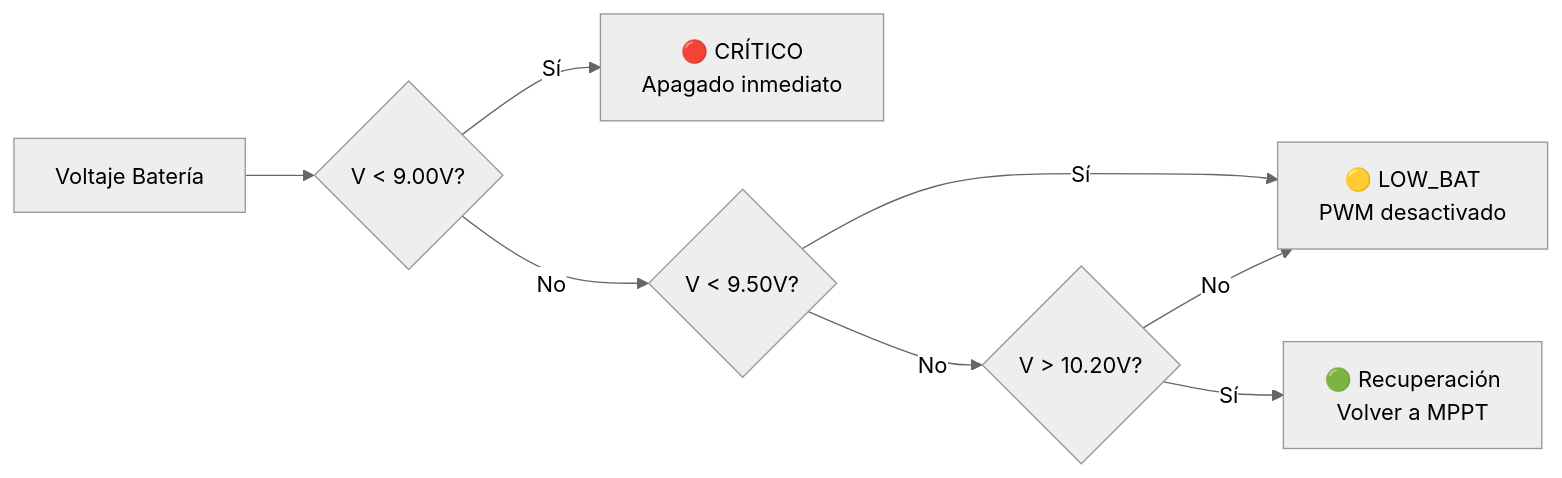
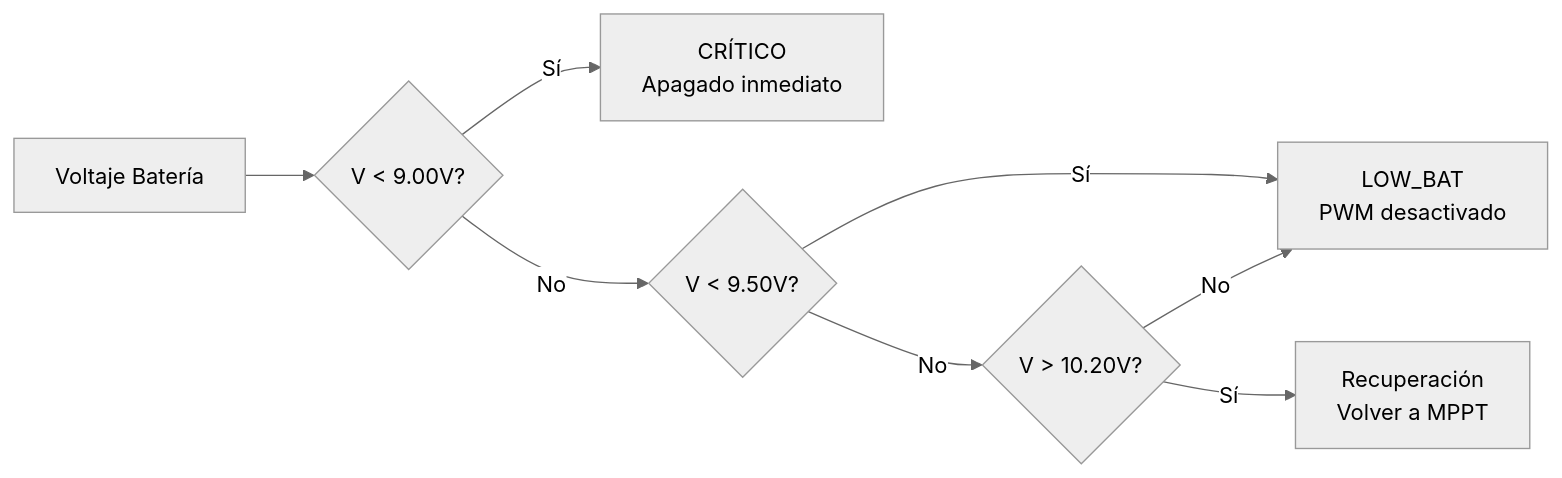
One commit to TobiasLozano/ems-visualization changed the first of 2 diagrams in docs/docs/firmware/parametros-configuracion.md. Above: the diagram before and after it, drawn with Mermaid (neutral theme). The commit also changed other lines of this file and 90 other files, not shown here.

````diff
--- a/docs/docs/firmware/parametros-configuracion.md
+++ b/docs/docs/firmware/parametros-configuracion.md
@@ -42,10 +42,10 @@
 ```mermaid
 graph LR
     A["Voltaje Batería"] --> B{"V < 9.00V?"}
-    B -->|Sí| C["🔴 CRÍTICO<br/>Apagado inmediato"]
+    B -->|Sí| C["CRÍTICO<br/>Apagado inmediato"]
     B -->|No| D{"V < 9.50V?"}
-    D -->|Sí| E["🟡 LOW_BAT<br/>PWM desactivado"]
+    D -->|Sí| E["LOW_BAT<br/>PWM desactivado"]
     D -->|No| F{"V > 10.20V?"}
-    F -->|Sí| G["🟢 Recuperación<br/>Volver a MPPT"]
+    F -->|Sí| G["Recuperación<br/>Volver a MPPT"]
     F -->|No| E
 ```
````
